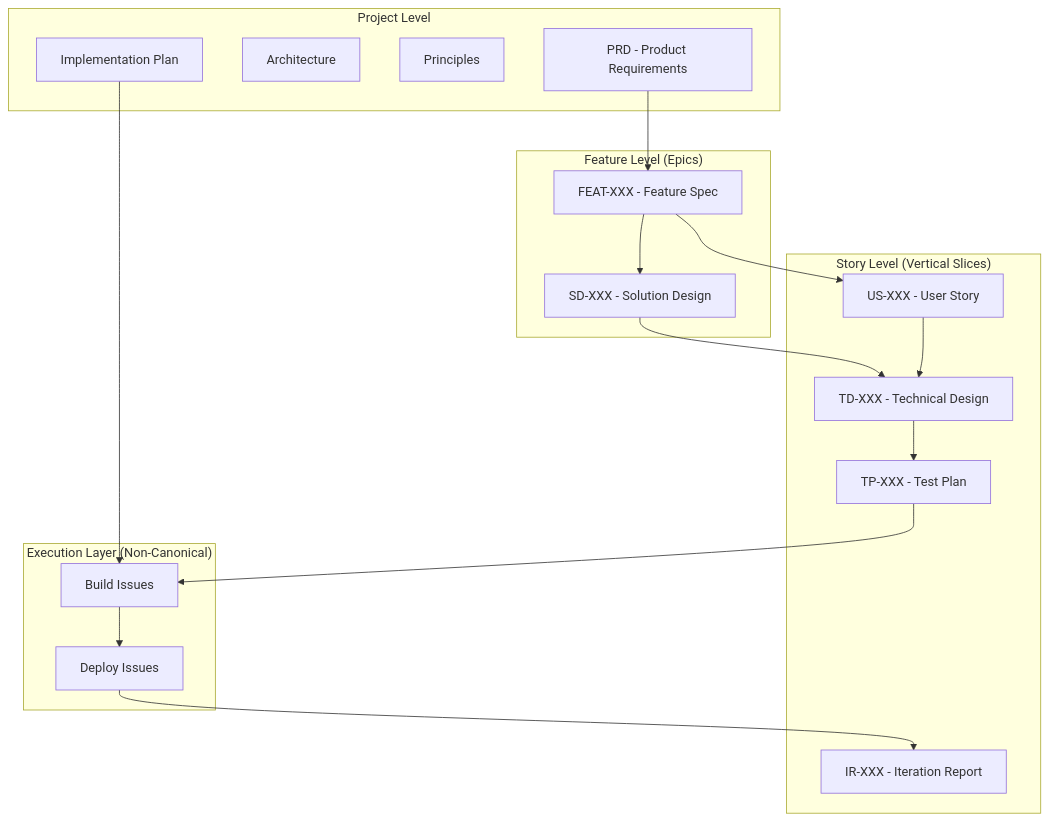
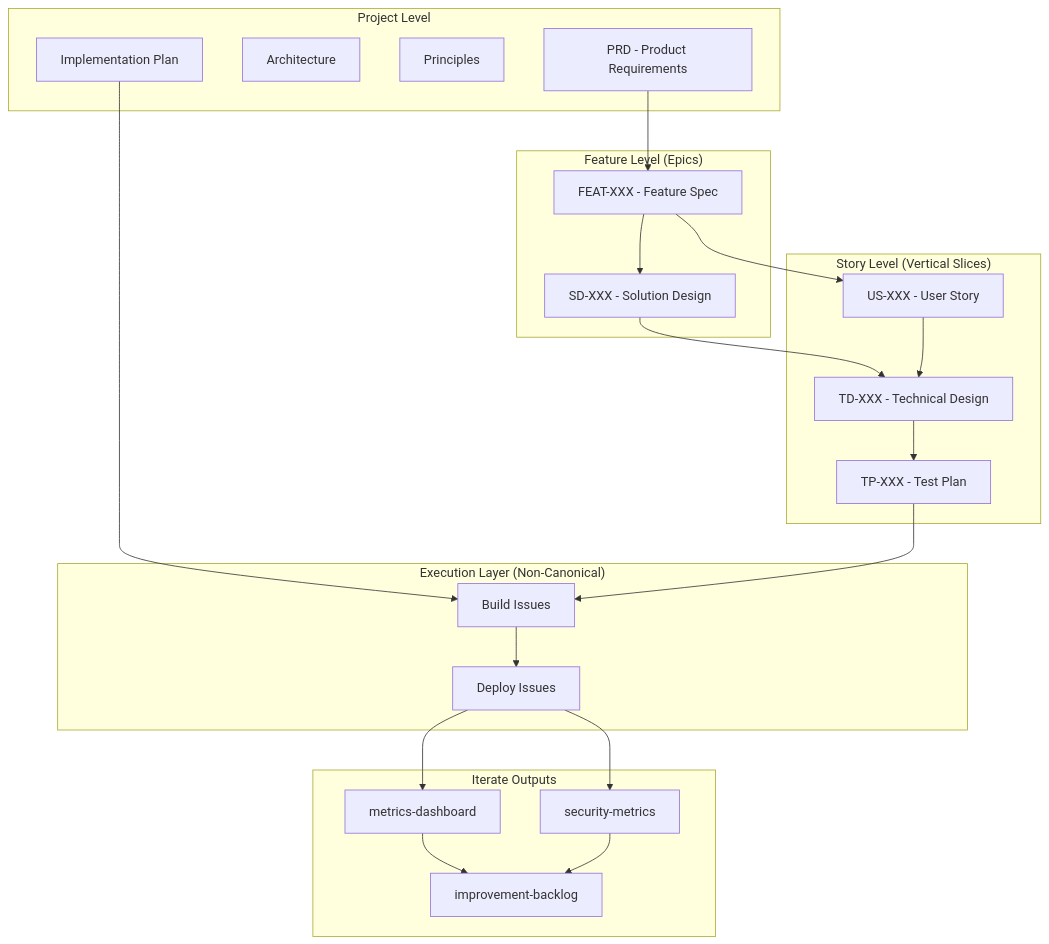
Before and after one commit to DocumentDrivenDX/helix: the diagram in workflows/artifact-hierarchy.md, drawn with Mermaid. The commit also changed other lines of this file and 5 other files, not shown here.

Commit message:
helix-420f4f76: retire story-iteration-report from iterate state model

````diff
--- a/workflows/artifact-hierarchy.md
+++ b/workflows/artifact-hierarchy.md
@@ -59,34 +59,43 @@
 ```mermaid
 graph TD
     subgraph "Project Level"
         PRD[PRD - Product Requirements]
         ARCH[Architecture]
         PRINCIPLES[Principles]
         IMP[Implementation Plan]
     end
 
     subgraph "Feature Level (Epics)"
         FEAT[FEAT-XXX - Feature Spec]
         SD[SD-XXX - Solution Design]
     end
 
     subgraph "Story Level (Vertical Slices)"
         US[US-XXX - User Story]
         TD[TD-XXX - Technical Design]
         TP[TP-XXX - Test Plan]
-        IR[IR-XXX - Iteration Report]
     end
 
     subgraph "Execution Layer (Non-Canonical)"
         BB[Build Issues]
         DB[Deploy Issues]
+    end
+
+    subgraph "Iterate Outputs"
+        MD[metrics-dashboard]
+        SM[security-metrics]
+        IB[improvement-backlog]
     end
 
     PRD --> FEAT
     FEAT --> US
     FEAT --> SD
     SD --> TD
     US --> TD --> TP
     IMP --> BB
-    TP --> BB --> DB --> IR
+    TP --> BB --> DB
+    DB --> MD
+    DB --> SM
+    MD --> IB
+    SM --> IB
 ```
````
